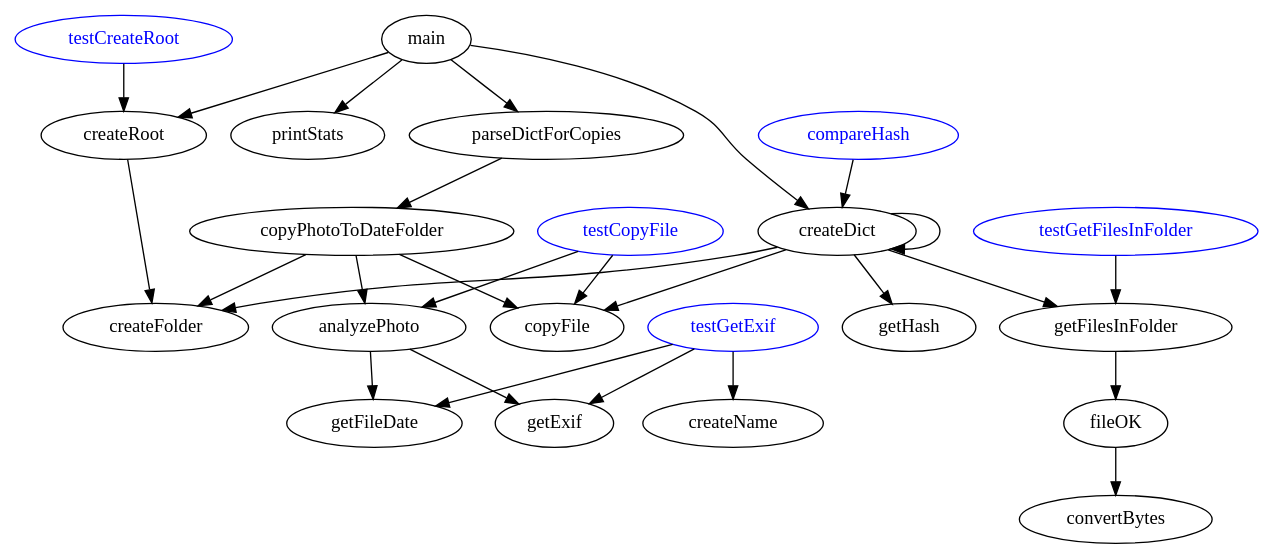
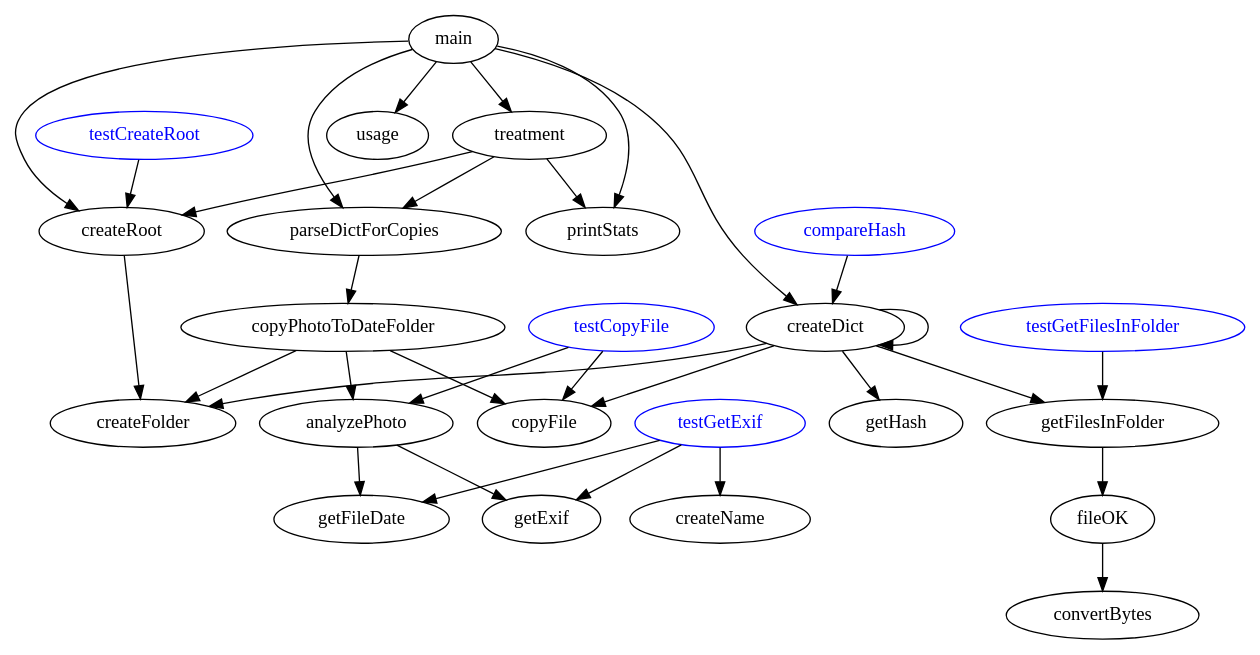
One commit to orey/sorter changed the diagram in sorter.dot. Above: the diagram before and after it, drawn with Graphviz. The commit also changed 1 other file, not shown here.

```diff
--- a/sorter.dot
+++ b/sorter.dot
@@ -1,50 +1,58 @@
 digraph {
 //rankdir="TB";
 main -> createDict
 main -> parseDictForCopies
 main -> printStats
 main -> createRoot
 
 compareHash [color="blue", fontcolor="blue"]
 compareHash -> createDict
 
 parseDictForCopies -> copyPhotoToDateFolder
 copyPhotoToDateFolder -> createFolder
 copyPhotoToDateFolder -> copyFile
 copyPhotoToDateFolder -> analyzePhoto
 
 createDict -> getFilesInFolder
 createDict -> getHash
 createDict -> createFolder
 createDict -> copyFile
 createDict -> createDict
 
 testGetFilesInFolder [color="blue", fontcolor="blue"]
 testGetFilesInFolder -> getFilesInFolder
 getFilesInFolder -> fileOK
 fileOK -> convertBytes
 
 testGetExif [color="blue", fontcolor="blue"]
 testGetExif -> getFileDate
 testGetExif -> getExif
 testGetExif -> createName
 
 testCreateRoot [color="blue", fontcolor="blue"]
 testCreateRoot -> createRoot
 createRoot -> createFolder
 
 testCopyFile [color="blue", fontcolor="blue"]
 testCopyFile -> copyFile
 testCopyFile -> analyzePhoto
 
 analyzePhoto -> getExif
 analyzePhoto -> getFileDate
 
+//new
+
+main -> treatment
+main -> usage
+
+treatment -> createRoot
+treatment -> parseDictForCopies
+treatment -> printStats
 
 
 //root [label="Rtot\n Jeure", shape="box", color="blue", fontcolor="blue"];
 //cfo [label="Roup CFO\n TBN", shape="box", color="blue", fontcolor="blue"];
 //root -> cfo [arrowhead = "none"];
 //ApplicationService -> BusinessProcess [label="USED_BY_1"];
 //ApplicationInterface -> BusinessRole  [label="USED_BY_2"];
 }
```
